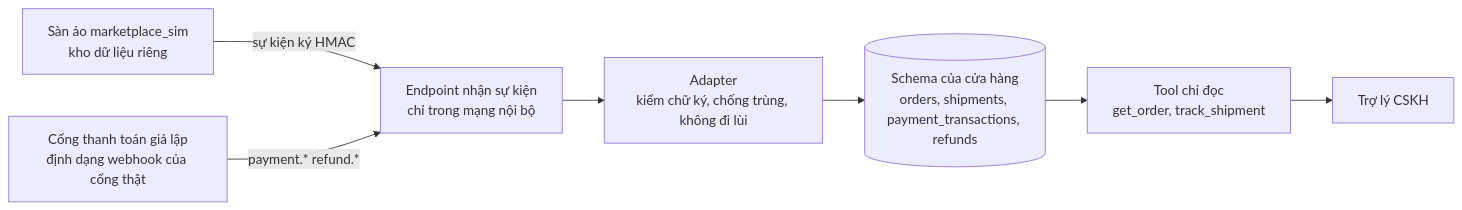
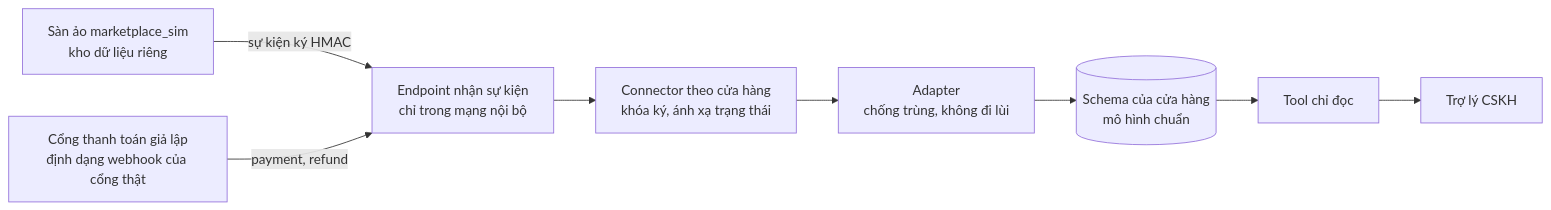
The second of 2 diagrams in khoa_luan/07_co_so_du_lieu.md (tuteemovaixlong/CSKH_ban_le), drawn with Mermaid before and after one commit. The commit also changed other lines of this file and 4 other files, not shown here.

````diff
--- a/khoa_luan/07_co_so_du_lieu.md
+++ b/khoa_luan/07_co_so_du_lieu.md
@@ -331,9 +350,10 @@
 ```mermaid
 flowchart LR
   SIM["Sàn ảo marketplace_sim<br/>kho dữ liệu riêng"] -- "sự kiện ký HMAC" --> IN["Endpoint nhận sự kiện<br/>chỉ trong mạng nội bộ"]
-  PAY["Cổng thanh toán giả lập<br/>định dạng webhook của cổng thật"] -- "payment.* refund.*" --> IN
-  IN --> AD["Adapter<br/>kiểm chữ ký, chống trùng, không đi lùi"]
-  AD --> DB[("Schema của cửa hàng<br/>orders, shipments, payment_transactions, refunds")]
-  DB --> TOOL["Tool chỉ đọc<br/>get_order, track_shipment"]
+  PAY["Cổng thanh toán giả lập<br/>định dạng webhook của cổng thật"] -- "payment, refund" --> IN
+  IN --> CON["Connector theo cửa hàng<br/>khóa ký, ánh xạ trạng thái"]
+  CON --> AD["Adapter<br/>chống trùng, không đi lùi"]
+  AD --> DB[("Schema của cửa hàng<br/>mô hình chuẩn")]
+  DB --> TOOL["Tool chỉ đọc"]
   TOOL --> AGENT["Trợ lý CSKH"]
 ```
````
